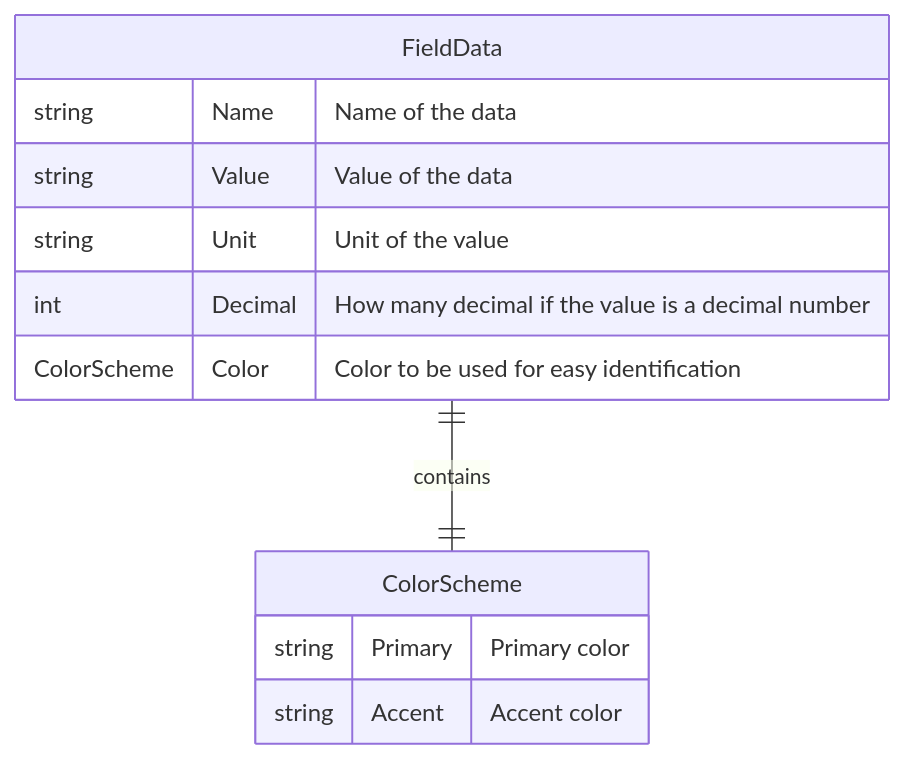
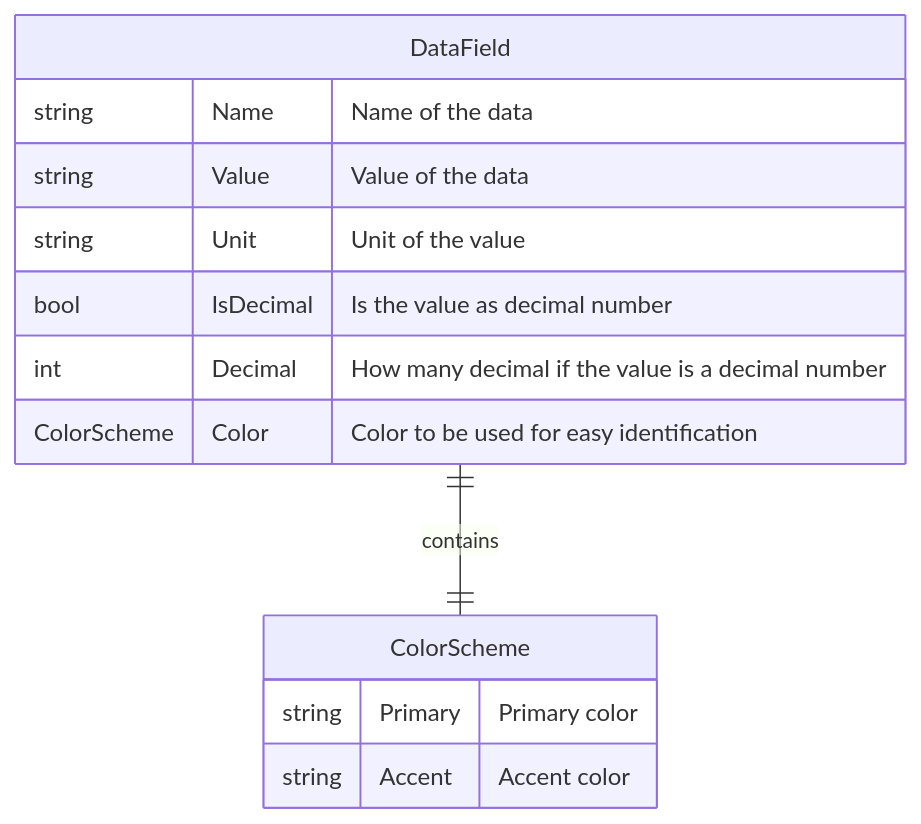
The first of 2 diagrams in README.md (SCarlsen7757/SimhubDashMenuPlugin), drawn with Mermaid before and after one commit. The commit also changed other lines of this file and 2 other files, not shown here.

````diff
--- a/README.md
+++ b/README.md
@@ -73,17 +80,18 @@
 ```mermaid
 erDiagram
-    FieldData{
+    DataField{
       string Name "Name of the data"
       string Value "Value of the data"
       string Unit "Unit of the value"
+      bool IsDecimal "Is the value as decimal number"
       int Decimal "How many decimal if the value is a decimal number"
       ColorScheme Color "Color to be used for easy identification"
     }
 
     ColorScheme{
       string Primary "Primary color"
       string Accent "Accent color"
     }
 
-    FieldData ||--|| ColorScheme : contains
+    DataField ||--|| ColorScheme : contains
 ```
````
